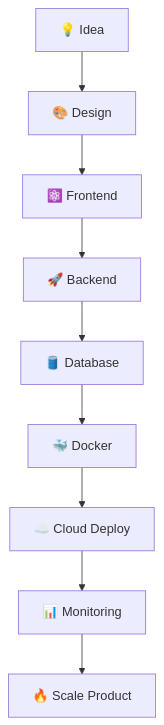
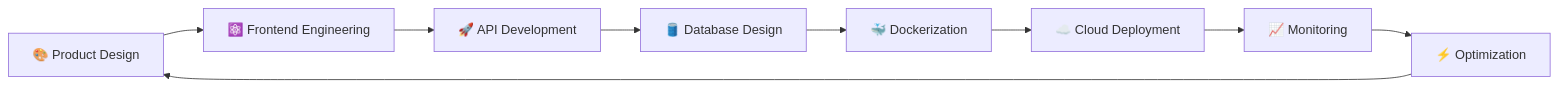
One commit to Aviral-1/Aviral-1 changed the first of 2 diagrams in README.md. Above: the diagram before and after it, drawn with Mermaid. The commit also changed other lines of this file, not shown here.

````diff
--- a/README.md
+++ b/README.md
@@ -230,12 +236,12 @@
 ```mermaid
-flowchart TD
+flowchart LR
 
-A[💡 Idea] --> B[🎨 Design]
-B --> C[⚛️ Frontend]
-C --> D[🚀 Backend]
-D --> E[🛢️ Database]
-E --> F[🐳 Docker]
-F --> G[☁️ Cloud Deploy]
-G --> H[📊 Monitoring]
-H --> I[🔥 Scale Product]
+A[🎨 Product Design] --> B[⚛️ Frontend Engineering]
+B --> C[🚀 API Development]
+C --> D[🛢️ Database Design]
+D --> E[🐳 Dockerization]
+E --> F[☁️ Cloud Deployment]
+F --> G[📈 Monitoring]
+G --> H[⚡ Optimization]
+H --> A
 ```
````
